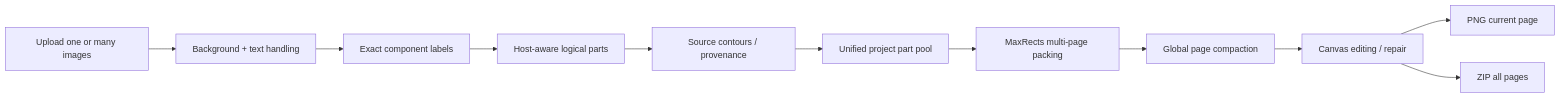
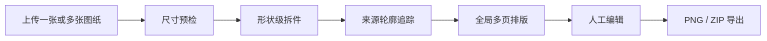
Before and after one commit to invoidstar/pattern-layout-studio: the diagram in README.md, drawn with Mermaid. The commit also changed other lines of this file and 30 other files, not shown here.

````diff
--- a/README.md
+++ b/README.md
@@ -52,13 +27,9 @@
 ```mermaid
 flowchart LR
-    A[Upload one or many images] --> B[Background + text handling]
-    B --> C[Exact component labels]
-    C --> D[Host-aware logical parts]
-    D --> E[Source contours / provenance]
-    E --> F[Unified project part pool]
-    F --> G[MaxRects multi-page packing]
-    G --> H[Global page compaction]
-    H --> I[Canvas editing / repair]
-    I --> J[PNG current page]
-    I --> K[ZIP all pages]
+  A["上传一张或多张图纸"] --> B["尺寸预检"]
+  B --> C["形状级拆件"]
+  C --> D["来源轮廓追踪"]
+  D --> E["全局多页排版"]
+  E --> F["人工编辑"]
+  F --> G["PNG / ZIP 导出"]
 ```
````
